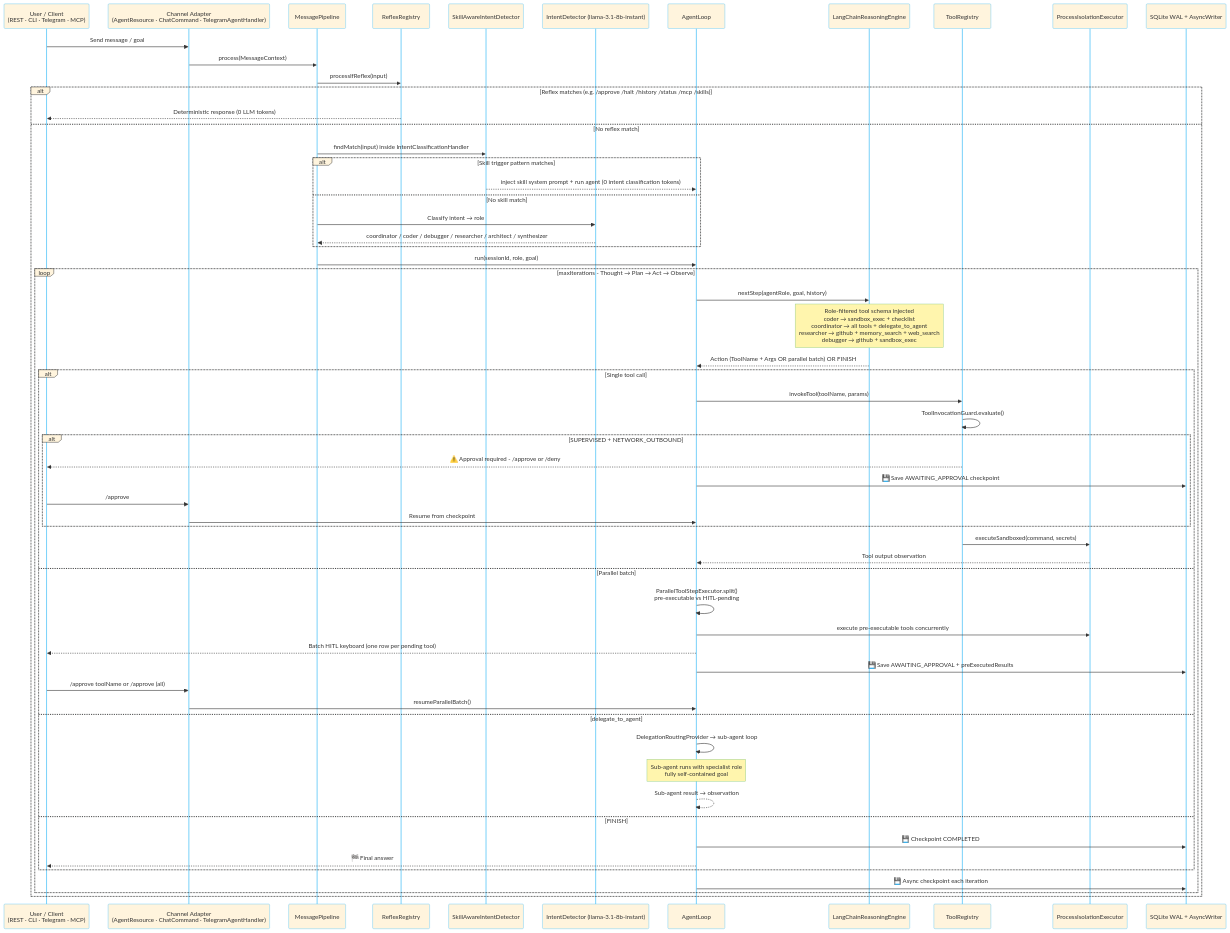
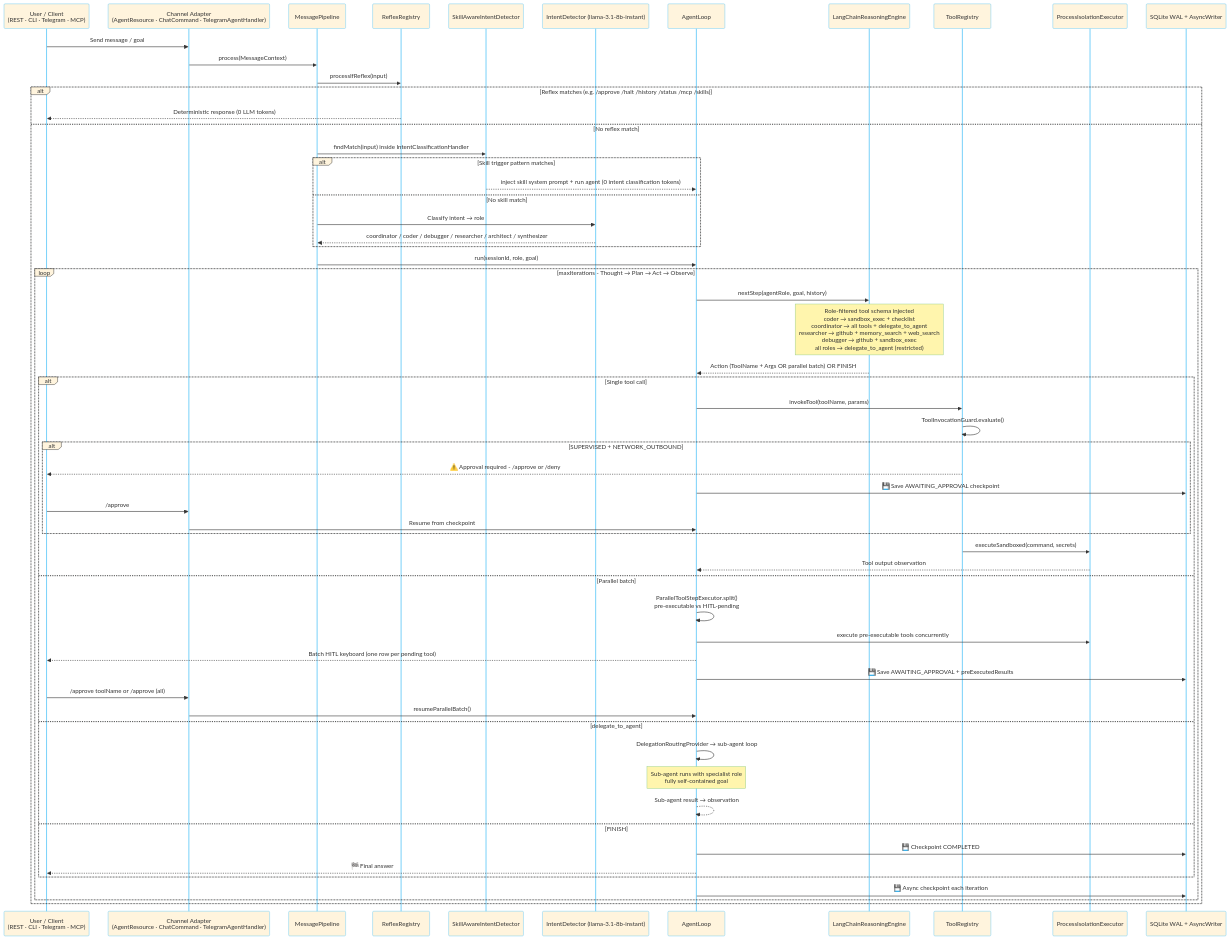
Before and after one commit to rsrini7/AmshaAgent: the third of 8 diagrams in README.md, drawn with Mermaid. The commit also changed other lines of this file, not shown here.

First line of the commit message:
docs(readme): update agent delegation docs and fix README inaccuracies

````diff
--- a/README.md
+++ b/README.md
@@ -288,69 +288,69 @@
 ```mermaid
 %%{init: {'theme': 'base', 'themeVariables': {'primaryBorderColor': '#4fc3f7', 'lineColor': '#4fc3f7', 'activationBorderColor': '#4fc3f7', 'actorBorder': '#4fc3f7', 'actorLineColor': '#4fc3f7','labelBoxBorderColor': '#0b0c0cff', 'noteBorderColor': '#81c784', 'fontSize': '13px'}}}%%
 sequenceDiagram
     participant U as User / Client<br/>(REST · CLI · Telegram · MCP)
     participant CH as Channel Adapter<br/>(AgentResource · ChatCommand · TelegramAgentHandler)
     participant PP as MessagePipeline
     participant RR as ReflexRegistry
     participant SK as SkillAwareIntentDetector
     participant IC as IntentDetector (llama-3.1-8b-instant)
     participant AL as AgentLoop
     participant LLM as LangChainReasoningEngine
     participant TR as ToolRegistry
     participant PIE as ProcessIsolationExecutor
     participant DB as SQLite WAL + AsyncWriter
 
     U->>CH: Send message / goal
     CH->>PP: process(MessageContext)
 
     PP->>RR: processIfReflex(input)
     alt Reflex matches (e.g. /approve /halt /history /status /mcp /skills)
         RR-->>U: Deterministic response (0 LLM tokens)
     else No reflex match
         PP->>SK: findMatch(input) inside IntentClassificationHandler
         alt Skill trigger pattern matches
             SK-->>AL: inject skill system prompt + run agent (0 intent classification tokens)
         else No skill match
             PP->>IC: Classify intent → role
             IC-->>PP: coordinator / coder / debugger / researcher / architect / synthesizer
         end
         PP->>AL: run(sessionId, role, goal)
 
         loop maxIterations - Thought → Plan → Act → Observe
             AL->>LLM: nextStep(agentRole, goal, history)
-            Note over LLM: Role-filtered tool schema injected<br/>coder → sandbox_exec + checklist<br/>coordinator → all tools + delegate_to_agent<br/>researcher → github + memory_search + web_search<br/>debugger → github + sandbox_exec
+            Note over LLM: Role-filtered tool schema injected<br/>coder → sandbox_exec + checklist<br/>coordinator → all tools + delegate_to_agent<br/>researcher → github + memory_search + web_search<br/>debugger → github + sandbox_exec<br/>all roles → delegate_to_agent (restricted)
             LLM-->>AL: Action (ToolName + Args OR parallel batch) OR FINISH
 
             alt Single tool call
                 AL->>TR: invokeTool(toolName, params)
                 TR->>TR: ToolInvocationGuard.evaluate()
 
                 alt SUPERVISED + NETWORK_OUTBOUND
                     TR-->>U: ⚠️ Approval required - /approve or /deny
                     AL->>DB: 💾 Save AWAITING_APPROVAL checkpoint
                     U->>CH: /approve
                     CH->>AL: Resume from checkpoint
                 end
 
                 TR->>PIE: executeSandboxed(command, secrets)
                 PIE-->>AL: Tool output observation
             else Parallel batch
                 AL->>AL: ParallelToolStepExecutor.split()<br/>pre-executable vs HITL-pending
                 AL->>PIE: execute pre-executable tools concurrently
                 AL-->>U: Batch HITL keyboard (one row per pending tool)
                 AL->>DB: 💾 Save AWAITING_APPROVAL + preExecutedResults
                 U->>CH: /approve toolName or /approve (all)
                 CH->>AL: resumeParallelBatch()
             else delegate_to_agent
                 AL->>AL: DelegationRoutingProvider → sub-agent loop
                 Note over AL: Sub-agent runs with specialist role<br/>fully self-contained goal
                 AL-->>AL: Sub-agent result → observation
             else FINISH
                 AL->>DB: 💾 Checkpoint COMPLETED
                 AL-->>U: 🏁 Final answer
             end
 
             AL->>DB: 💾 Async checkpoint each iteration
         end
     end
 ```
````
